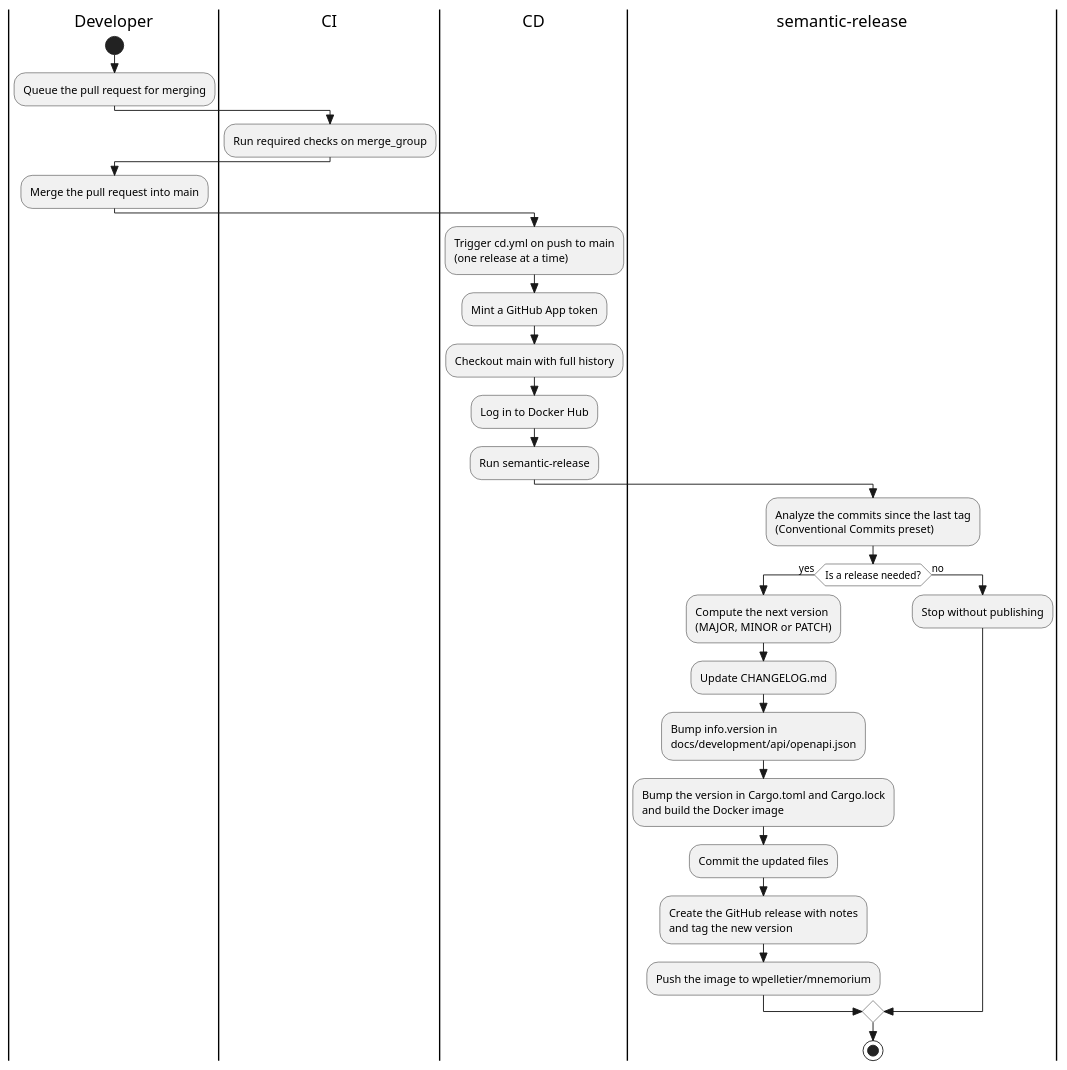
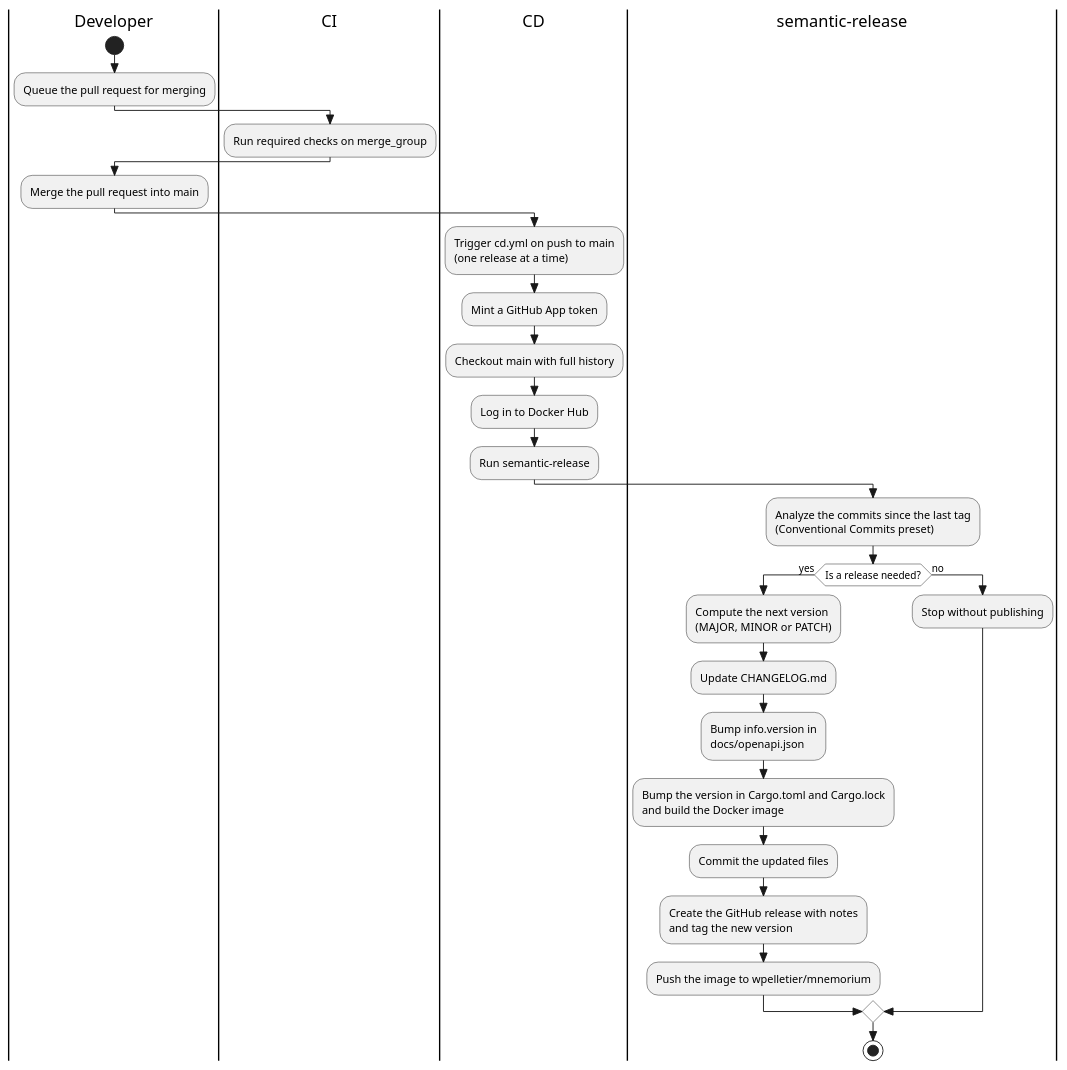
One commit to Mnemorium/mnemorium changed the second of 2 diagrams in docs/development/Overview.md. Above: the diagram before and after it, drawn with PlantUML. The commit also changed other lines of this file and 17 other files, not shown here.

````diff
--- a/docs/development/Overview.md
+++ b/docs/development/Overview.md
@@ -422,38 +422,38 @@
 ```puml
 @startuml
 skinparam style strictuml
 skinparam activityDiamondBackgroundColor #FFFFFF
 
 |Developer|
 start
 :Queue the pull request for merging;
 
 |CI|
 :Run required checks on merge_group;
 
 |Developer|
 :Merge the pull request into main;
 
 |CD|
 :Trigger cd.yml on push to main\n(one release at a time);
 :Mint a GitHub App token;
 :Checkout main with full history;
 :Log in to Docker Hub;
 :Run semantic-release;
 
 |semantic-release|
 :Analyze the commits since the last tag\n(Conventional Commits preset);
 if (Is a release needed?) then (yes)
   :Compute the next version\n(MAJOR, MINOR or PATCH);
   :Update CHANGELOG.md;
-  :Bump info.version in\ndocs/development/api/openapi.json;
+  :Bump info.version in\ndocs/openapi.json;
   :Bump the version in Cargo.toml and Cargo.lock\nand build the Docker image;
   :Commit the updated files;
   :Create the GitHub release with notes\nand tag the new version;
   :Push the image to wpelletier/mnemorium;
 else (no)
   :Stop without publishing;
 endif
 stop
 @enduml
 ```
````
